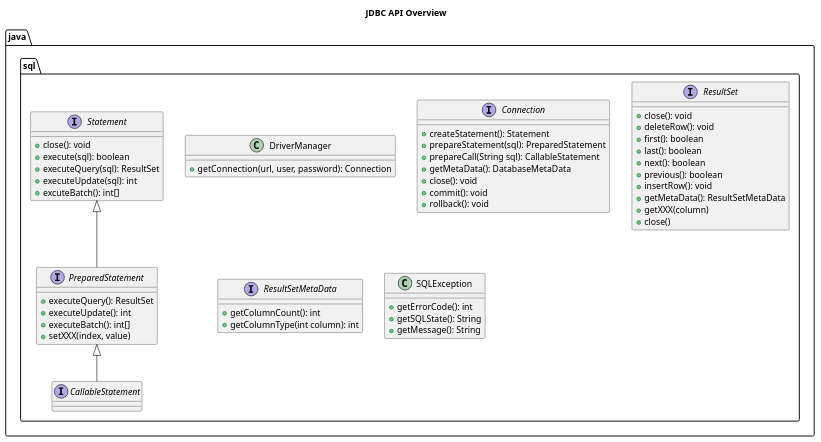
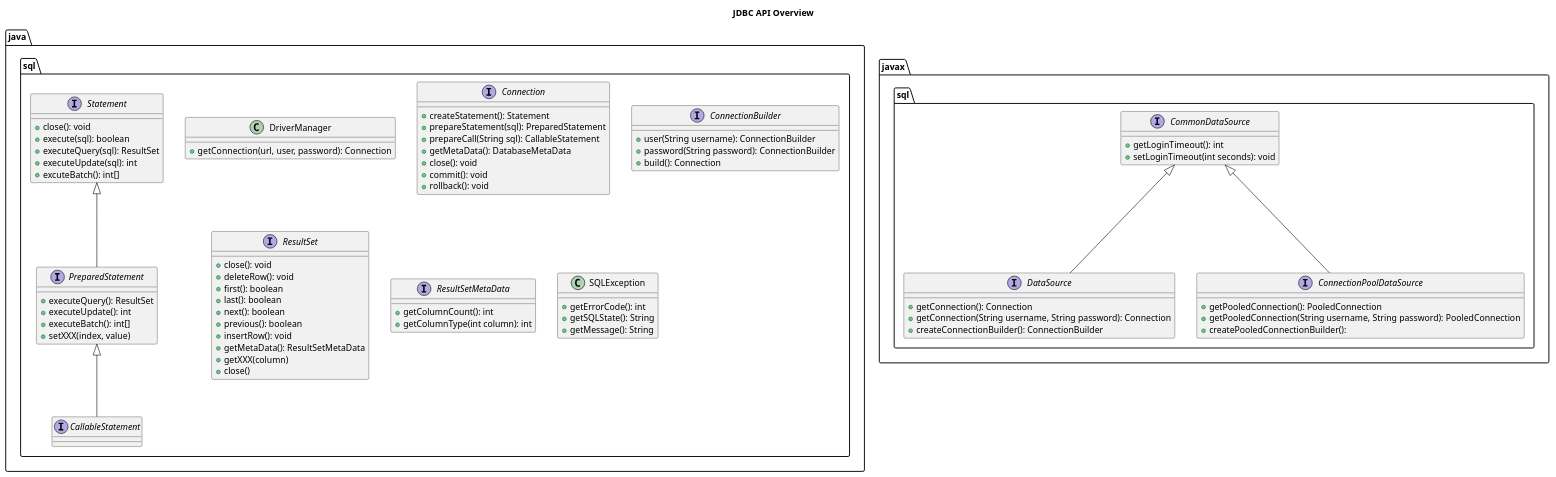
One commit to caioamorim7/poo changed the diagram in lectures/examples/14-jdbc/doc/jdbc-api.puml. Above: the diagram before and after it, drawn with PlantUML. The commit also changed 3 other files, not shown here.

```diff
--- a/lectures/examples/14-jdbc/doc/jdbc-api.puml
+++ b/lectures/examples/14-jdbc/doc/jdbc-api.puml
@@ -1,64 +1,90 @@
 @startuml "jdbc-api"
 title JDBC API Overview
 
 package "java.sql" {
   
   class DriverManager {
     +getConnection(url, user, password): Connection
   }
 
   interface Connection {
     +createStatement(): Statement
     +prepareStatement(sql): PreparedStatement
     +prepareCall(String sql): CallableStatement
     +getMetaData(): DatabaseMetaData
     +close(): void
     +commit(): void
     +rollback(): void
+  }
+
+  interface ConnectionBuilder {
+    +user(String username): ConnectionBuilder
+    +password(String password): ConnectionBuilder
+    +build(): Connection
   }
 
   interface Statement {
     +close(): void
     +execute(sql): boolean
     +executeQuery(sql): ResultSet
     +executeUpdate(sql): int
     +excuteBatch(): int[]
   }
 
   interface PreparedStatement extends Statement {
     +executeQuery(): ResultSet
     +executeUpdate(): int
     +executeBatch(): int[]
     +setXXX(index, value)
   }
 
   interface CallableStatement extends PreparedStatement {
 
   }
 
   interface ResultSet {
     +close(): void
     +deleteRow(): void
     +first(): boolean
     +last(): boolean
     +next(): boolean
     +previous(): boolean
     +insertRow(): void
     +getMetaData(): ResultSetMetaData
     +getXXX(column)
     +close()
   }
 
   interface ResultSetMetaData {
     +getColumnCount(): int
     +getColumnType(int column): int
   }
 
   class SQLException {
     +getErrorCode(): int
     +getSQLState(): String
     +getMessage(): String
   }
 }
 
+package "javax.sql" {
+
+  interface CommonDataSource {
+    +getLoginTimeout(): int
+    +setLoginTimeout(int seconds): void
+  }
+
+  interface DataSource extends CommonDataSource {
+    +getConnection(): Connection
+    +getConnection(String username, String password): Connection
+    +createConnectionBuilder(): ConnectionBuilder
+  }
+
+  interface ConnectionPoolDataSource extends CommonDataSource {
+    +getPooledConnection(): PooledConnection
+    +getPooledConnection(String username, String password): PooledConnection
+    +createPooledConnectionBuilder(): 
+  }
+}
+
 @enduml
```
